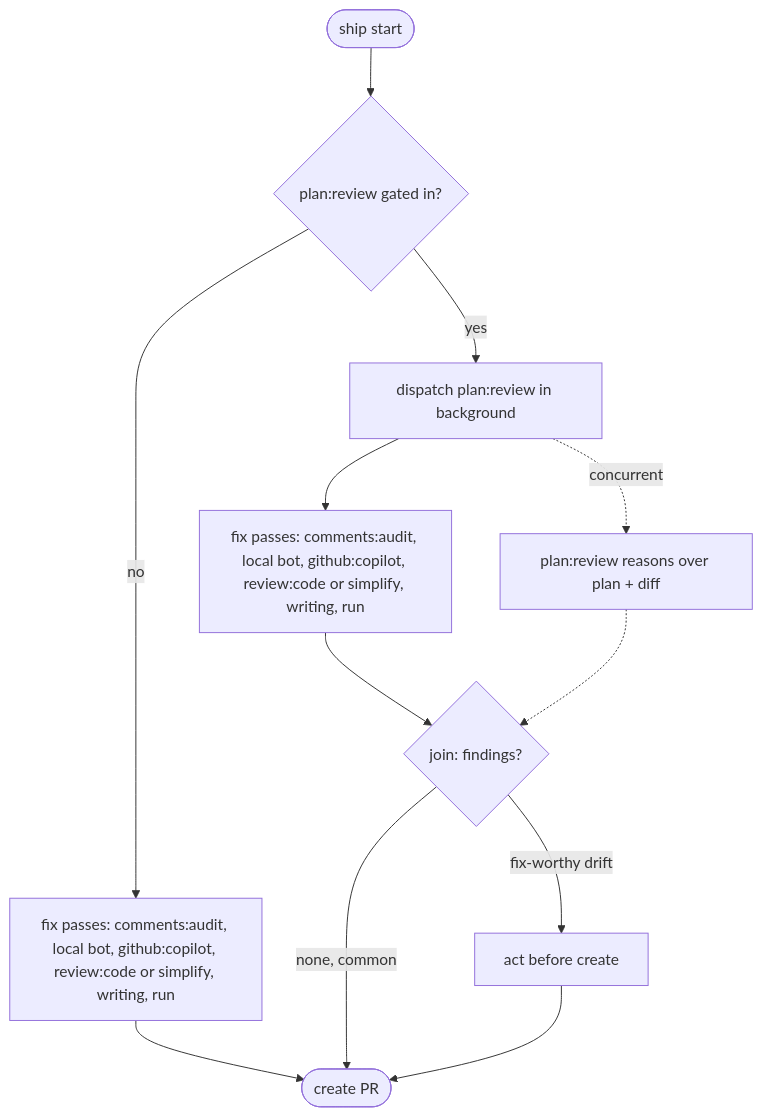
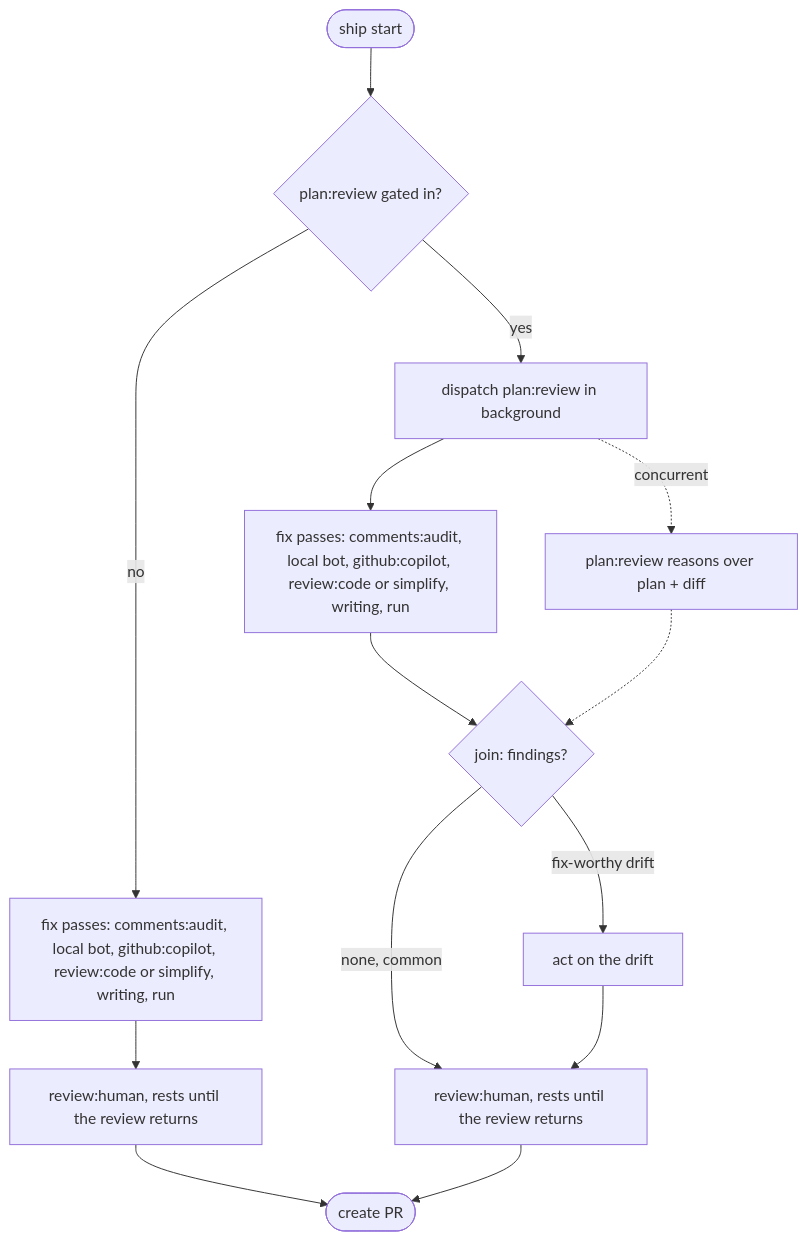
Before and after one commit to bendrucker/claude: the diagram in user/skills/ship/references/passes.md, drawn with Mermaid. The commit also changed other lines of this file and 7 other files, not shown here.

First line of the commit message:
review: add human review skill with herdr attention

````diff
--- a/user/skills/ship/references/passes.md
+++ b/user/skills/ship/references/passes.md
@@ -68,14 +69,16 @@
 ```mermaid
 flowchart TD
     S([ship start]) --> G{plan:review gated in?}
     G -->|no| F1[fix passes: comments:audit, local bot, github:copilot, review:code or simplify, writing, run]
-    F1 --> C([create PR])
+    F1 --> H[review:human, rests until the review returns]
+    H --> C([create PR])
     G -->|yes| D[dispatch plan:review in background]
     D --> F2[fix passes: comments:audit, local bot, github:copilot, review:code or simplify, writing, run]
     D -. concurrent .-> R[plan:review reasons over plan + diff]
     F2 --> J{join: findings?}
     R -.-> J
-    J -->|fix-worthy drift| A[act before create]
-    J -->|none, common| C
-    A --> C
+    J -->|fix-worthy drift| A[act on the drift]
+    J -->|none, common| H2[review:human, rests until the review returns]
+    A --> H2
+    H2 --> C
 ```
````
